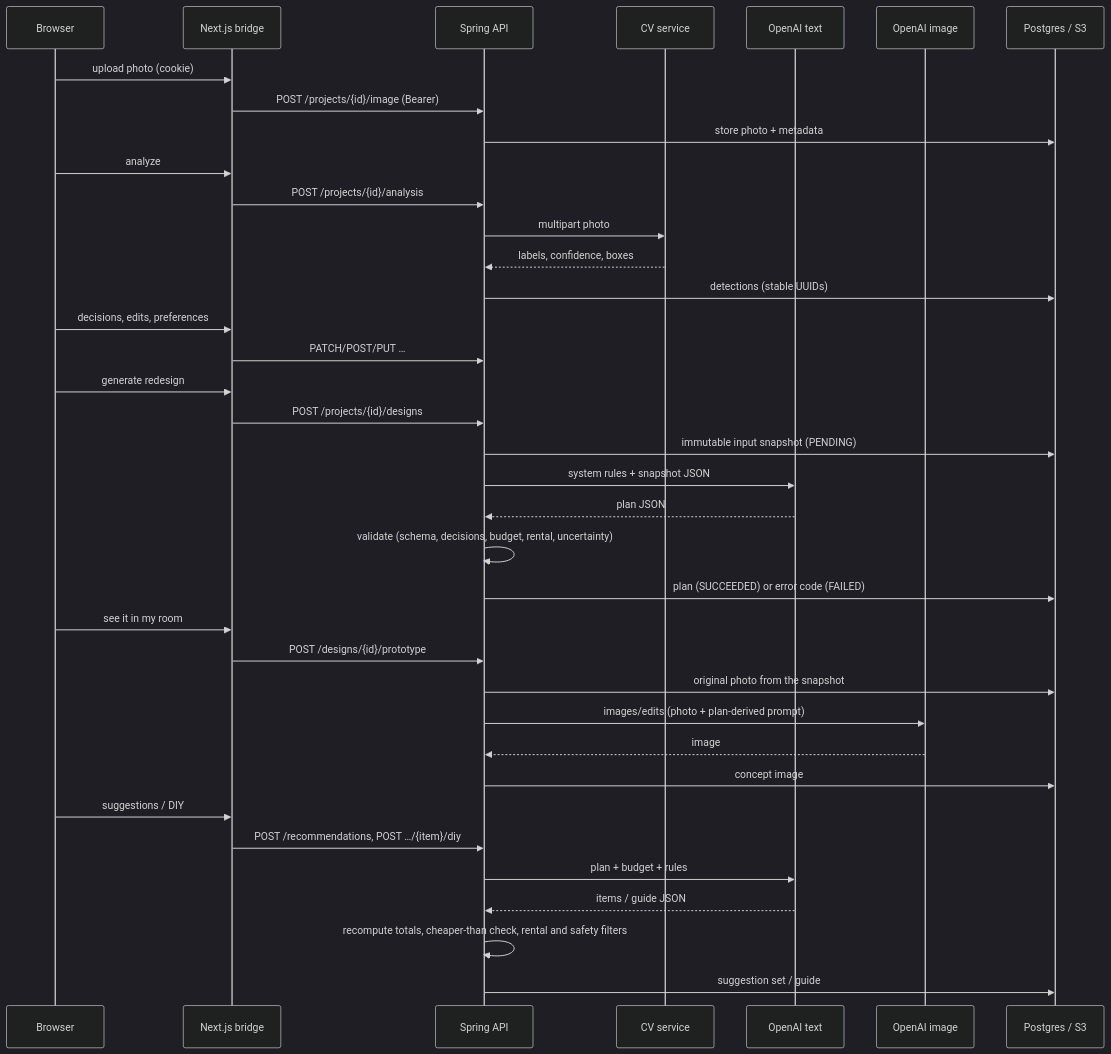
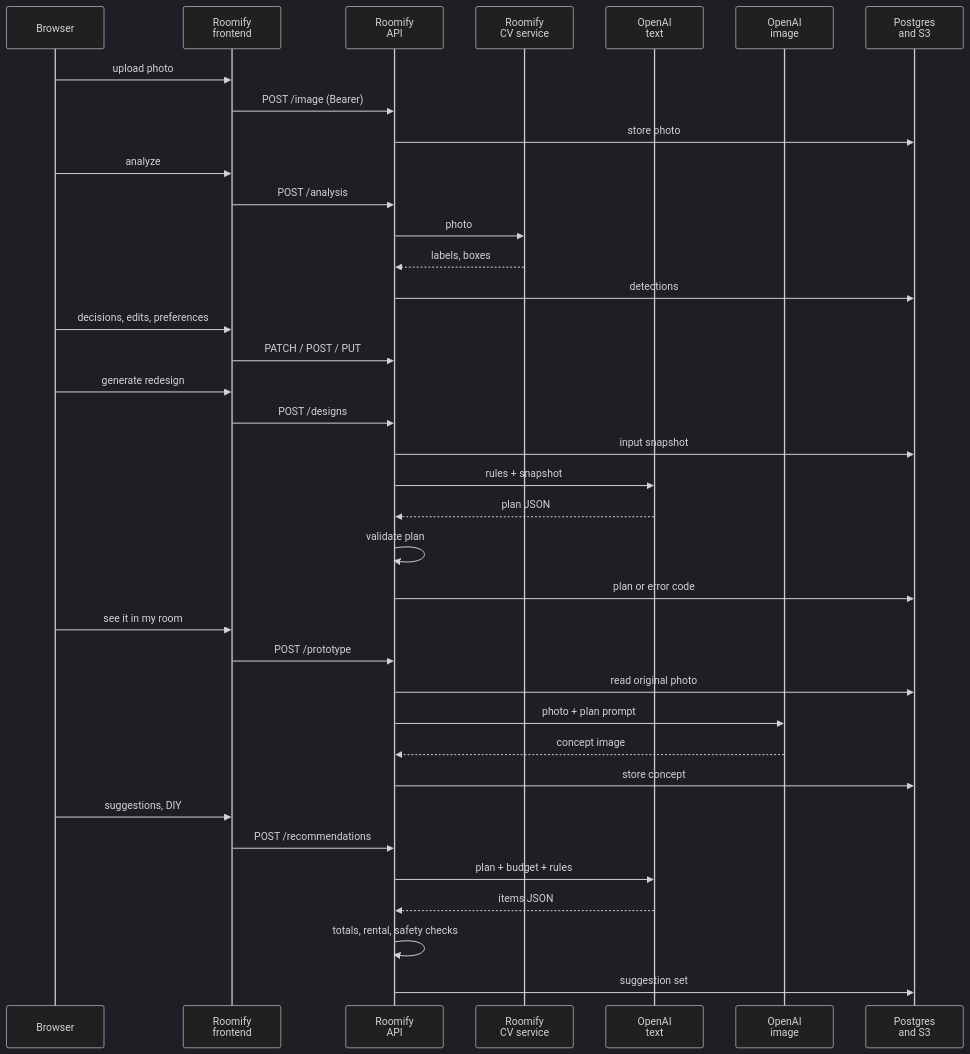
The diagram in docs/submission/architecture/data-flow.mmd (Bootcamp2Roomify/roomify_backend), drawn with Mermaid (dark theme) before and after one commit. The commit also changed 58 other files, not shown here.

First line of the commit message:
docs(submission): judge-ready PDF and DOCX documents, one-command build

```diff
--- a/docs/submission/architecture/data-flow.mmd
+++ b/docs/submission/architecture/data-flow.mmd
@@ -1,38 +1,38 @@
-%% Roomify request flow. Render: npx @mermaid-js/mermaid-cli -i data-flow.mmd -o data-flow.svg
+%% Roomify request flow. Rendered by docs/submission/build.sh.
 sequenceDiagram
   participant U as Browser
-  participant F as Next.js bridge
-  participant B as Spring API
-  participant C as CV service
-  participant L as OpenAI text
-  participant I as OpenAI image
-  participant D as Postgres / S3
-  U->>F: upload photo (cookie)
-  F->>B: POST /projects/{id}/image (Bearer)
-  B->>D: store photo + metadata
+  participant F as Roomify<br/>frontend
+  participant B as Roomify<br/>API
+  participant C as Roomify<br/>CV service
+  participant L as OpenAI<br/>text
+  participant I as OpenAI<br/>image
+  participant D as Postgres<br/>and S3
+  U->>F: upload photo
+  F->>B: POST /image (Bearer)
+  B->>D: store photo
   U->>F: analyze
-  F->>B: POST /projects/{id}/analysis
-  B->>C: multipart photo
-  C-->>B: labels, confidence, boxes
-  B->>D: detections (stable UUIDs)
+  F->>B: POST /analysis
+  B->>C: photo
+  C-->>B: labels, boxes
+  B->>D: detections
   U->>F: decisions, edits, preferences
-  F->>B: PATCH/POST/PUT …
+  F->>B: PATCH / POST / PUT
   U->>F: generate redesign
-  F->>B: POST /projects/{id}/designs
-  B->>D: immutable input snapshot (PENDING)
-  B->>L: system rules + snapshot JSON
+  F->>B: POST /designs
+  B->>D: input snapshot
+  B->>L: rules + snapshot
   L-->>B: plan JSON
-  B->>B: validate (schema, decisions, budget, rental, uncertainty)
-  B->>D: plan (SUCCEEDED) or error code (FAILED)
+  B->>B: validate plan
+  B->>D: plan or error code
   U->>F: see it in my room
-  F->>B: POST /designs/{id}/prototype
-  B->>D: original photo from the snapshot
-  B->>I: images/edits (photo + plan-derived prompt)
-  I-->>B: image
-  B->>D: concept image
-  U->>F: suggestions / DIY
-  F->>B: POST /recommendations, POST …/{item}/diy
+  F->>B: POST /prototype
+  B->>D: read original photo
+  B->>I: photo + plan prompt
+  I-->>B: concept image
+  B->>D: store concept
+  U->>F: suggestions, DIY
+  F->>B: POST /recommendations
   B->>L: plan + budget + rules
-  L-->>B: items / guide JSON
-  B->>B: recompute totals, cheaper-than check, rental and safety filters
-  B->>D: suggestion set / guide
+  L-->>B: items JSON
+  B->>B: totals, rental, safety checks
+  B->>D: suggestion set
```
